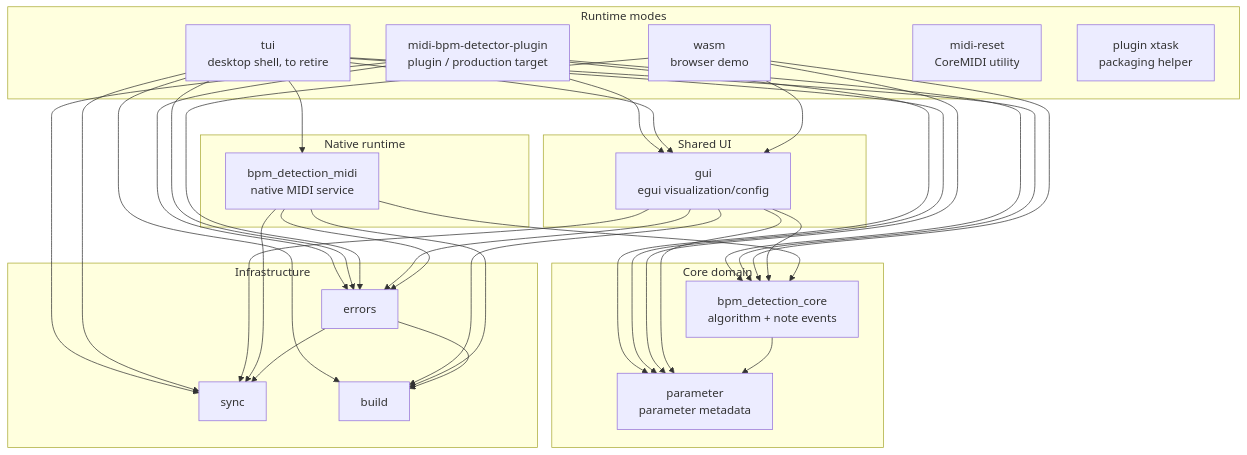
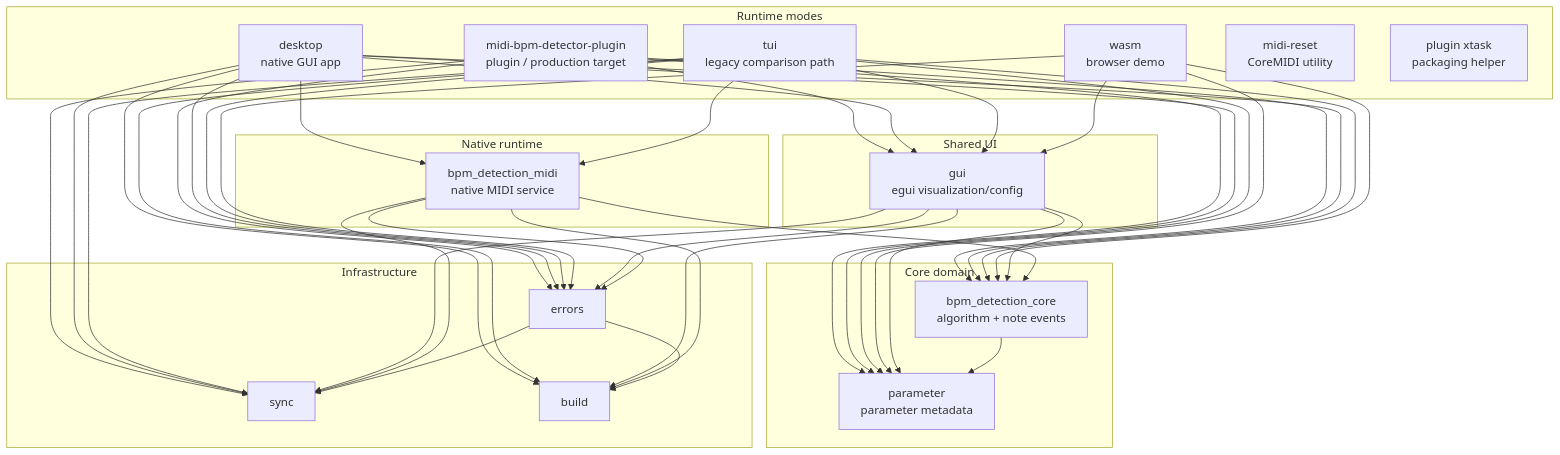
One commit to valsteen/midi_bpm_detection changed the diagram in docs/architecture.md. Above: the diagram before and after it, drawn with Mermaid. The commit also changed other lines of this file and 6 other files, not shown here.

Commit message:
Make native desktop crate the default desktop path

````diff
--- a/docs/architecture.md
+++ b/docs/architecture.md
@@ -38,63 +38,72 @@
 ```mermaid
 flowchart TD
     subgraph modes["Runtime modes"]
         plugin["midi-bpm-detector-plugin<br/>plugin / production target"]
-        desktop["tui<br/>desktop shell, to retire"]
+        desktop["desktop<br/>native GUI app"]
+        legacy_tui["tui<br/>legacy comparison path"]
         wasm["wasm<br/>browser demo"]
         midi_reset["midi-reset<br/>CoreMIDI utility"]
         xtask["plugin xtask<br/>packaging helper"]
     end
 
     subgraph shared_ui["Shared UI"]
         gui["gui<br/>egui visualization/config"]
     end
 
     subgraph native_runtime["Native runtime"]
         midi["bpm_detection_midi<br/>native MIDI service"]
     end
 
     subgraph domain["Core domain"]
         core["bpm_detection_core<br/>algorithm + note events"]
         parameter["parameter<br/>parameter metadata"]
     end
 
     subgraph infra["Infrastructure"]
         errors["errors"]
         sync["sync"]
         build["build"]
     end
 
     plugin --> core
     plugin --> gui
     plugin --> parameter
     plugin --> errors
     plugin --> sync
 
     desktop --> gui
     desktop --> midi
     desktop --> core
     desktop --> parameter
     desktop --> errors
     desktop --> sync
     desktop --> build
 
+    legacy_tui --> gui
+    legacy_tui --> midi
+    legacy_tui --> core
+    legacy_tui --> parameter
+    legacy_tui --> errors
+    legacy_tui --> sync
+    legacy_tui --> build
+
     wasm --> gui
     wasm --> core
     wasm --> parameter
     wasm --> errors
 
     gui --> core
     gui --> parameter
     gui --> errors
     gui --> sync
     gui --> build
 
     midi --> core
     midi --> errors
     midi --> sync
     midi --> build
 
     core --> parameter
     errors --> sync
     errors --> build
 ```
````
